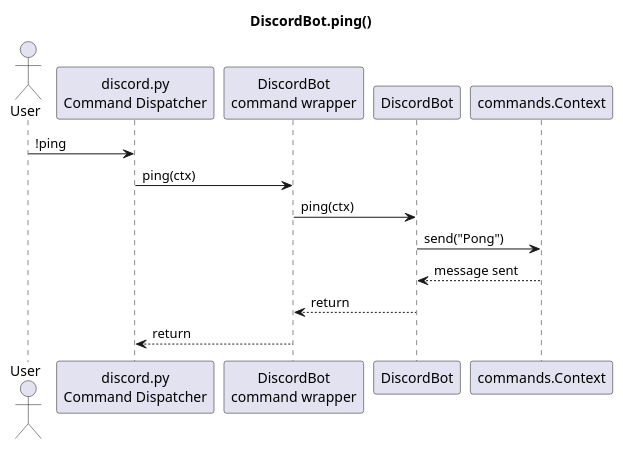
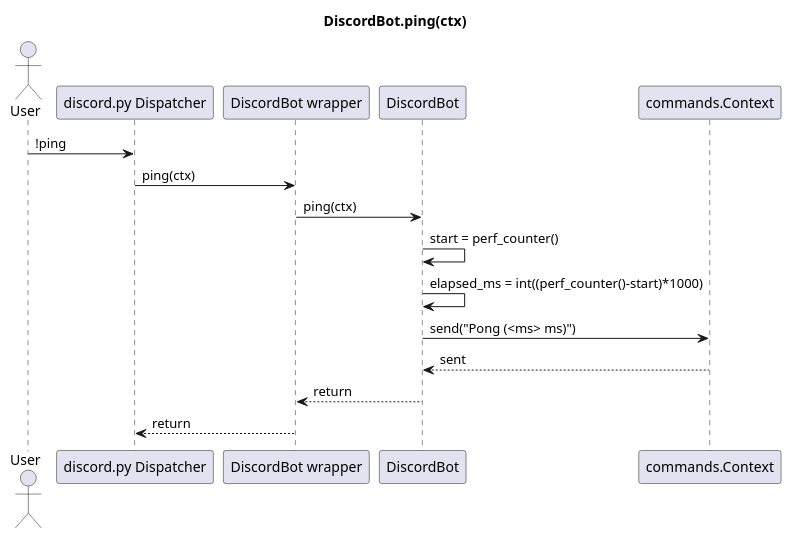
The first of 5 diagrams in docs/discord_bot_sequences.puml (fazleskhan/elite_dangerous_discord_tools), drawn with PlantUML before and after one commit. The commit also changed other lines of this file and 13 other files, not shown here.

Commit message:
updated sequence diagrams and ran black against the source

```diff
--- a/docs/discord_bot_sequences.puml
+++ b/docs/discord_bot_sequences.puml
@@ -1,17 +1,19 @@
 @startuml
-title DiscordBot.ping()
+title DiscordBot.ping(ctx)
 
 actor User
-participant "discord.py\nCommand Dispatcher" as Dispatcher
-participant "DiscordBot\ncommand wrapper" as Wrapper
+participant "discord.py Dispatcher" as Dispatcher
+participant "DiscordBot wrapper" as Wrapper
 participant "DiscordBot" as Bot
 participant "commands.Context" as Ctx
 
 User -> Dispatcher: !ping
 Dispatcher -> Wrapper: ping(ctx)
 Wrapper -> Bot: ping(ctx)
-Bot -> Ctx: send("Pong")
-Ctx --> Bot: message sent
+Bot -> Bot: start = perf_counter()
+Bot -> Bot: elapsed_ms = int((perf_counter()-start)*1000)
+Bot -> Ctx: send("Pong (<ms> ms)")
+Ctx --> Bot: sent
 Bot --> Wrapper: return
 Wrapper --> Dispatcher: return
 @enduml
```
